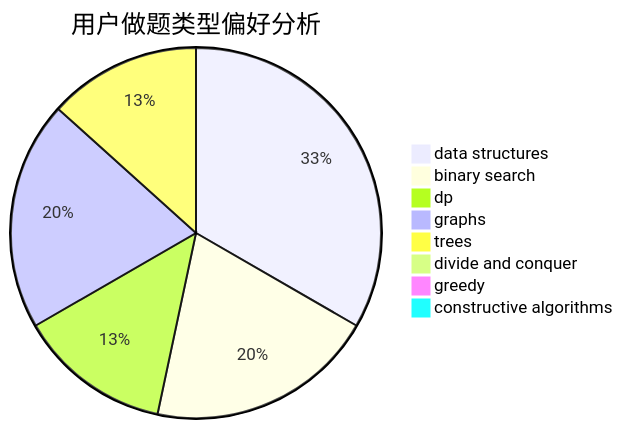
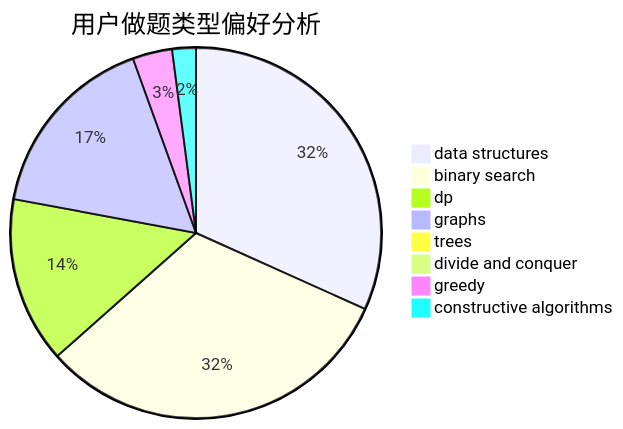
The second of 3 diagrams in docs/user/u767.md (sherpahu/cfrs.github.io), drawn with Mermaid before and after one commit. The commit also changed other lines of this file and 2770 other files, not shown here.

````diff
--- a/docs/user/u767.md
+++ b/docs/user/u767.md
@@ -23,11 +23,11 @@
 ```mermaid
 pie title 用户做题类型偏好分析
-    "data structures" :  5
-    "binary search" :  3
-    "dp" :  2
-    "graphs" :  3
-    "trees" :  2
+    "data structures" :  46
+    "binary search" :  46
+    "dp" :  21
+    "graphs" :  24
+    "trees" :  0
     "divide and conquer" :  0
-    "greedy" :  0
-    "constructive algorithms" :  0
+    "greedy" :  5
+    "constructive algorithms" :  3
 ```
````
